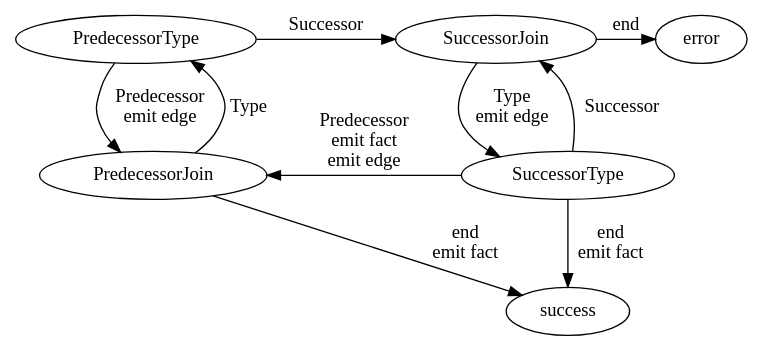
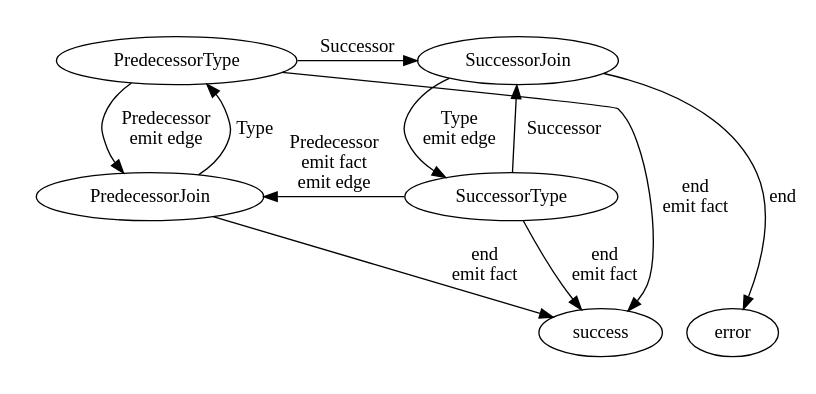
The diagram in docs/sql-generator.gv (jinaga/jinaga.js), drawn with Graphviz before and after one commit. The commit also changed 2 other files, not shown here.

Commit message:
Match type after predecessor join

```diff
--- a/docs/sql-generator.gv
+++ b/docs/sql-generator.gv
@@ -1,15 +1,25 @@
 digraph {
-    PredecessorType -> PredecessorJoin [label="Predecessor\nemit edge"]
-    PredecessorJoin -> PredecessorType [label="Type"]
-    PredecessorType -> SuccessorJoin [label="Successor" constraint=false]
+    subgraph cluster_states {
+        color=transparent
+        PredecessorType -> PredecessorJoin [label="Predecessor\nemit edge"]
+        PredecessorJoin -> PredecessorType [label="Type"]
+        PredecessorType -> SuccessorJoin [label="Successor" constraint=false]
 
-    SuccessorType -> SuccessorJoin [label="Successor"]
-    SuccessorJoin -> SuccessorType [label="Type\nemit edge"]
-    SuccessorType -> PredecessorJoin [label="Predecessor\nemit fact\nemit edge" constraint=false]
+        SuccessorType -> SuccessorJoin [label="Successor"]
+        SuccessorJoin -> SuccessorType [label="Type\nemit edge"]
+        SuccessorType -> PredecessorJoin [label="Predecessor\nemit fact\nemit edge" constraint=false]
+    }
 
-    SuccessorJoin -> error [label="end" constraint=false]
+    subgraph cluster_terminal {
+        color=transparent
+        success
+        error
+    }
+
+    SuccessorJoin -> error [label="end"]
     SuccessorType -> success [label="end\nemit fact"]
-    PredecessorJoin -> success [label="end\nemit fact" constraint=false]
+    PredecessorType -> success [label="end\nemit fact"]
+    PredecessorJoin -> success [label="end\nemit fact"]
 
     // {rank=same; SuccessorType; success }
 }
```
